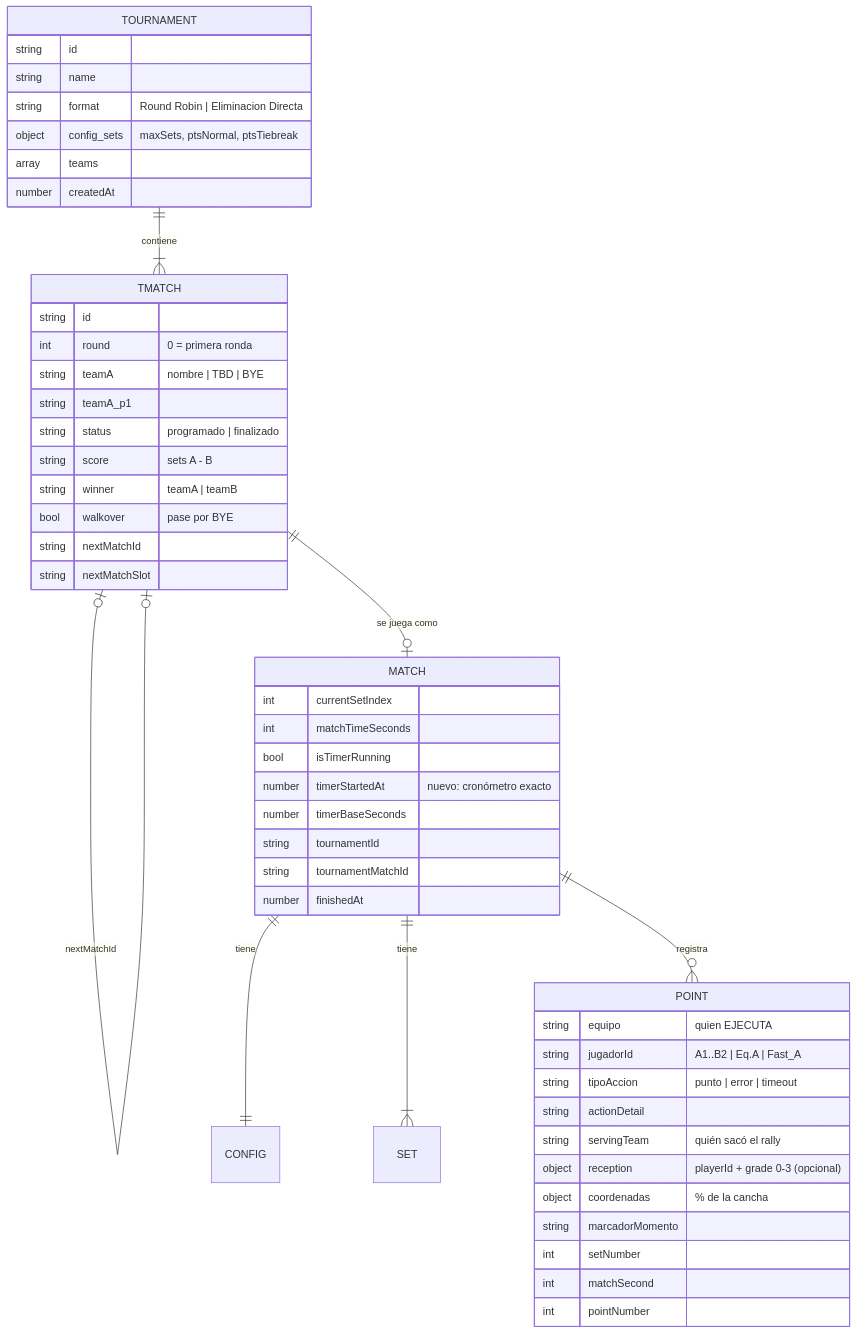
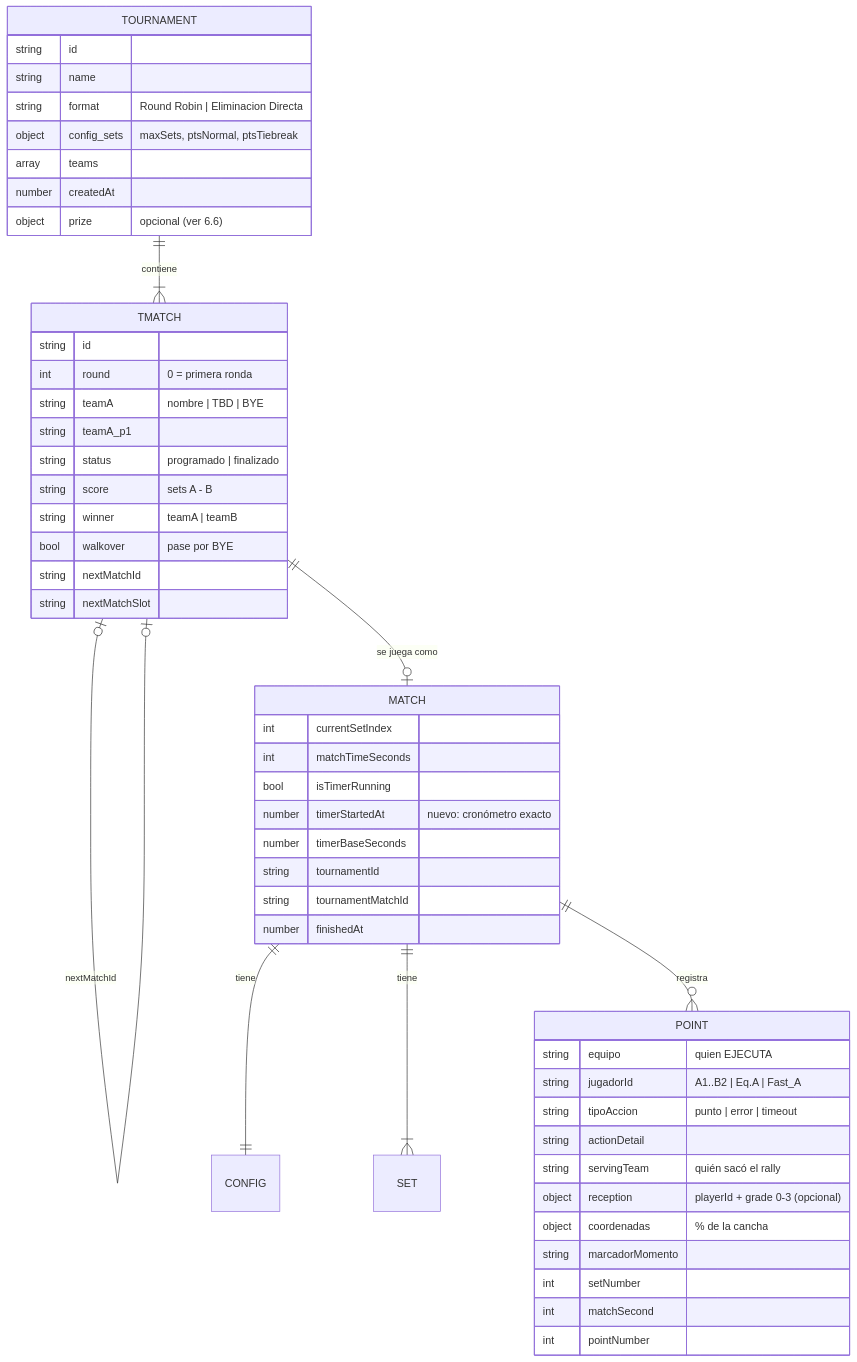
Before and after one commit to jackmaf/board_beachvoley: the fourth of 10 diagrams in CLAUDE.md, drawn with Mermaid. The commit also changed other lines of this file and 31 other files, not shown here.

````diff
--- a/CLAUDE.md
+++ b/CLAUDE.md
@@ -200,53 +215,54 @@
 ```mermaid
 erDiagram
     TOURNAMENT ||--|{ TMATCH : contiene
     TMATCH |o--o| TMATCH : "nextMatchId"
     TMATCH ||--o| MATCH : "se juega como"
     MATCH ||--|| CONFIG : tiene
     MATCH ||--|{ SET : tiene
     MATCH ||--o{ POINT : registra
 
     TOURNAMENT {
         string id
         string name
         string format "Round Robin | Eliminacion Directa"
         object config_sets "maxSets, ptsNormal, ptsTiebreak"
         array teams
         number createdAt
+        object prize "opcional (ver 6.6)"
     }
     TMATCH {
         string id
         int round "0 = primera ronda"
         string teamA "nombre | TBD | BYE"
         string teamA_p1
         string status "programado | finalizado"
         string score "sets A - B"
         string winner "teamA | teamB"
         bool walkover "pase por BYE"
         string nextMatchId
         string nextMatchSlot
     }
     MATCH {
         int currentSetIndex
         int matchTimeSeconds
         bool isTimerRunning
         number timerStartedAt "nuevo: cronómetro exacto"
         number timerBaseSeconds
         string tournamentId
         string tournamentMatchId
         number finishedAt
     }
     POINT {
         string equipo "quien EJECUTA"
         string jugadorId "A1..B2 | Eq.A | Fast_A"
         string tipoAccion "punto | error | timeout"
         string actionDetail
         string servingTeam "quién sacó el rally"
         object reception "playerId + grade 0-3 (opcional)"
         object coordenadas "% de la cancha"
         string marcadorMomento
         int setNumber
         int matchSecond
         int pointNumber
     }
 ```
````
